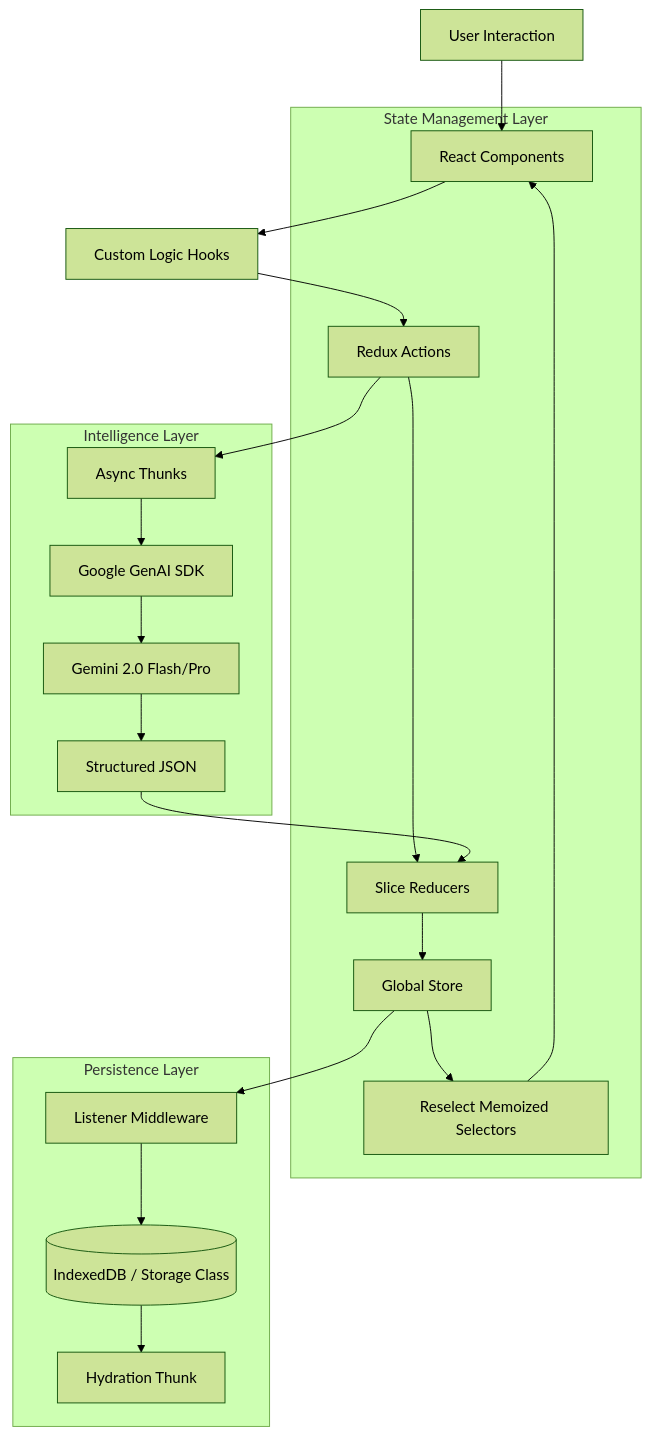
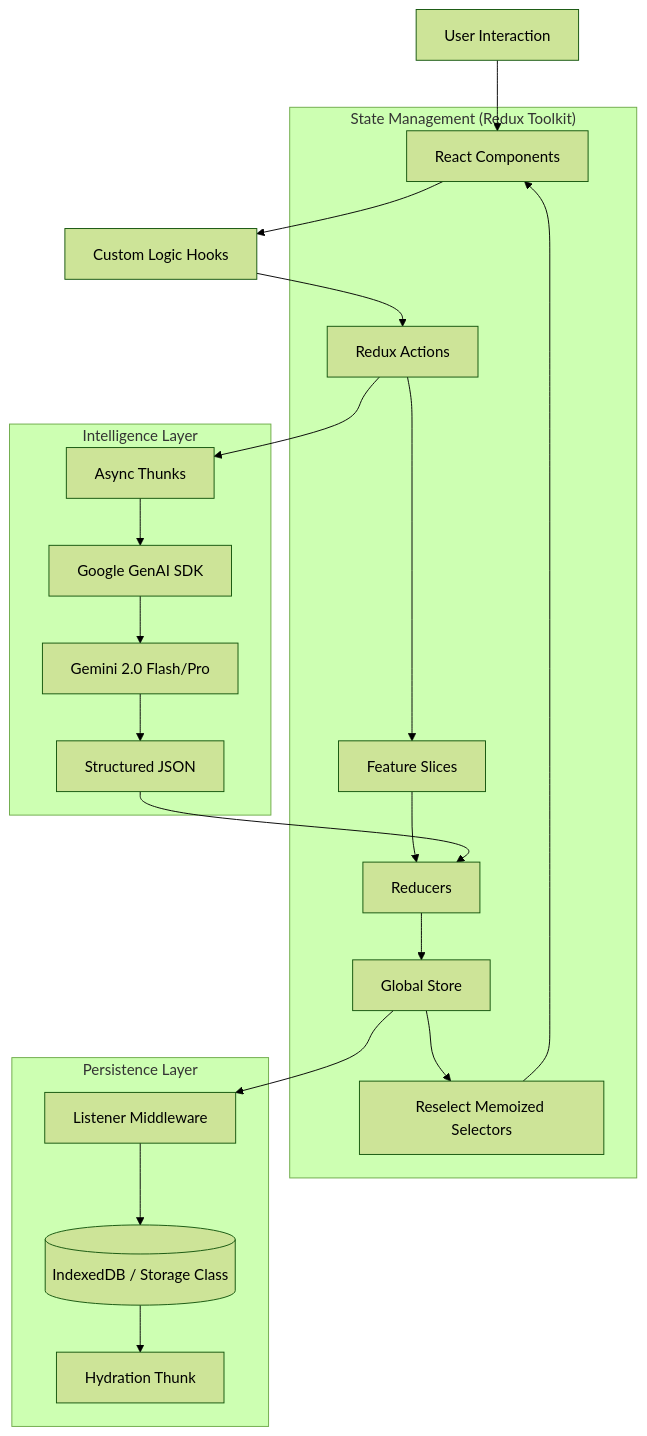
The diagram in README.md (qnbs/OmniNote), drawn with Mermaid (forest theme) before and after one commit. The commit also changed other lines of this file and 1 other file, not shown here.

````diff
--- a/README.md
+++ b/README.md
@@ -68,27 +68,28 @@
 ```mermaid
 graph TD
     User[User Interaction] --> Components[React Components]
     Components --> Hooks[Custom Logic Hooks]
     Hooks --> Actions[Redux Actions]
     
-    subgraph "State Management Layer"
-        Actions --> Reducers[Slice Reducers]
+    subgraph "State Management (Redux Toolkit)"
+        Actions --> Slices[Feature Slices]
+        Slices --> Reducers[Reducers]
         Reducers --> Store[Global Store]
         Store --> Selectors[Reselect Memoized Selectors]
         Selectors --> Components
     end
 
     subgraph "Persistence Layer"
         Store --> Middleware[Listener Middleware]
         Middleware --> IndexedDB[(IndexedDB / Storage Class)]
         IndexedDB --> Init[Hydration Thunk]
     end
 
     subgraph "Intelligence Layer"
         Actions --> Thunks[Async Thunks]
         Thunks --> GeminiSDK[Google GenAI SDK]
         GeminiSDK --> LLM[Gemini 2.0 Flash/Pro]
         LLM --> JSON[Structured JSON]
         JSON --> Reducers
     end
 ```
````
